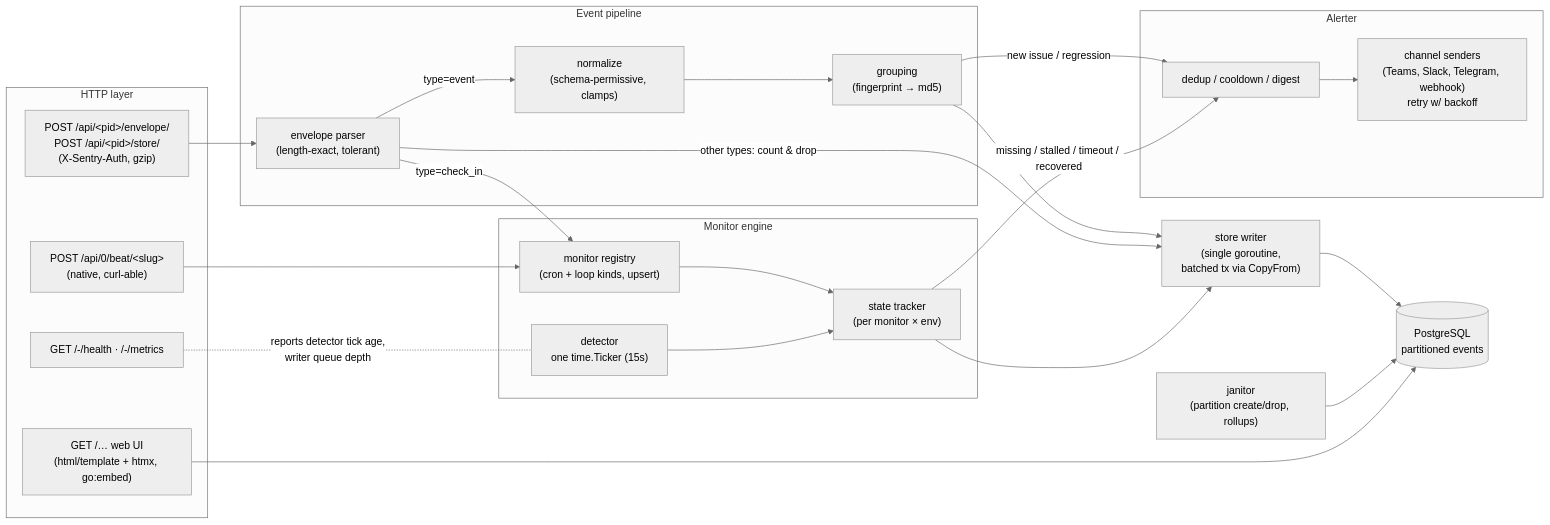
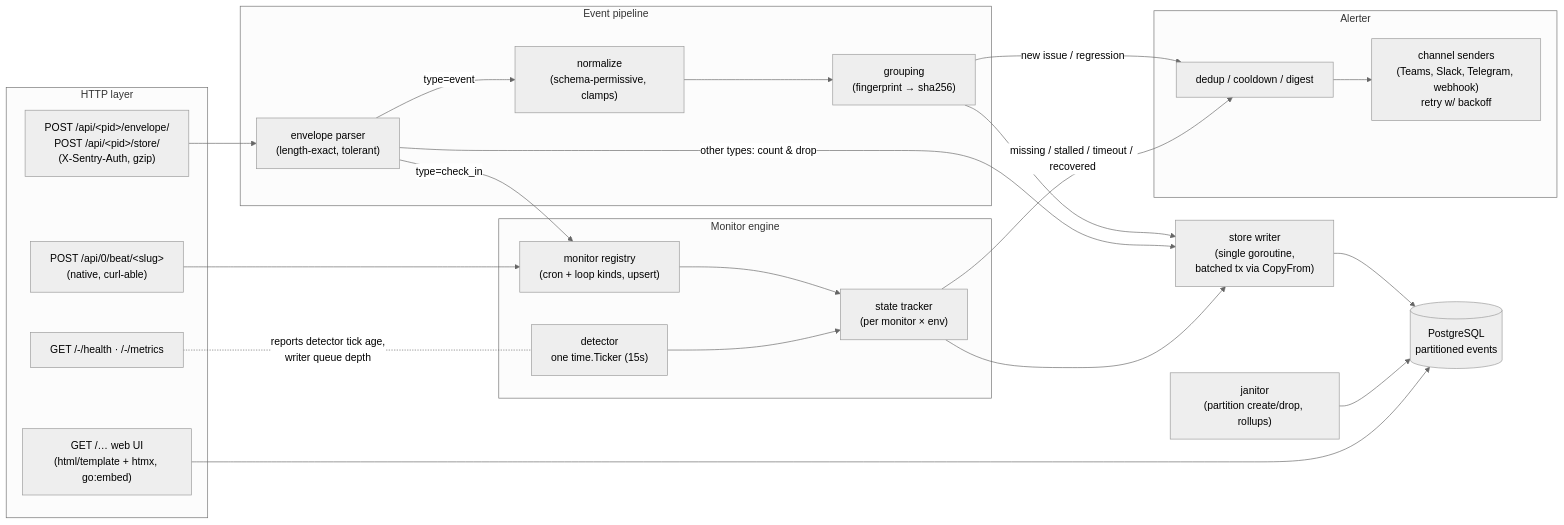
Before and after one commit to Scicom-AI-Enterprise-Organization/bettersentryio: the second of 6 diagrams in ARCHITECTURE.md, drawn with Mermaid (neutral theme). The commit also changed other lines of this file and 2 other files, not shown here.

First line of the commit message:
fix(events): fingerprint issues with SHA-256 instead of MD5

````diff
--- a/ARCHITECTURE.md
+++ b/ARCHITECTURE.md
@@ -54,45 +54,45 @@
 ```mermaid
 flowchart LR
     subgraph http [HTTP layer]
         ENV["POST /api/&lt;pid&gt;/envelope/<br/>POST /api/&lt;pid&gt;/store/<br/>(X-Sentry-Auth, gzip)"]
         BEAT["POST /api/0/beat/&lt;slug&gt;<br/>(native, curl-able)"]
         UI["GET /… web UI<br/>(html/template + htmx, go:embed)"]
         HEALTH["GET /-/health · /-/metrics"]
     end
 
     subgraph pipeline [Event pipeline]
         PARSE["envelope parser<br/>(length-exact, tolerant)"]
         NORM["normalize<br/>(schema-permissive, clamps)"]
-        GROUP["grouping<br/>(fingerprint → md5)"]
+        GROUP["grouping<br/>(fingerprint → sha256)"]
     end
 
     subgraph monitors [Monitor engine]
         REG["monitor registry<br/>(cron + loop kinds, upsert)"]
         STATE["state tracker<br/>(per monitor × env)"]
         DET["detector<br/>one time.Ticker (15s)"]
     end
 
     subgraph outbound [Alerter]
         DEDUP["dedup / cooldown / digest"]
         SEND["channel senders<br/>(Teams, Slack, Telegram, webhook)<br/>retry w/ backoff"]
     end
 
     WRITER["store writer<br/>(single goroutine,<br/>batched tx via CopyFrom)"]
     DB[("PostgreSQL<br/>partitioned events")]
     JAN["janitor<br/>(partition create/drop, rollups)"]
 
     ENV --> PARSE
     PARSE -- "type=event" --> NORM --> GROUP --> WRITER
     PARSE -- "type=check_in" --> REG
     PARSE -- "other types: count & drop" --> WRITER
     BEAT --> REG
     REG --> STATE --> WRITER
     DET --> STATE
     GROUP -- "new issue / regression" --> DEDUP
     STATE -- "missing / stalled / timeout / recovered" --> DEDUP
     DEDUP --> SEND
     WRITER --> DB
     JAN --> DB
     UI --> DB
     HEALTH -. "reports detector tick age,<br/>writer queue depth" .- DET
 ```
````
